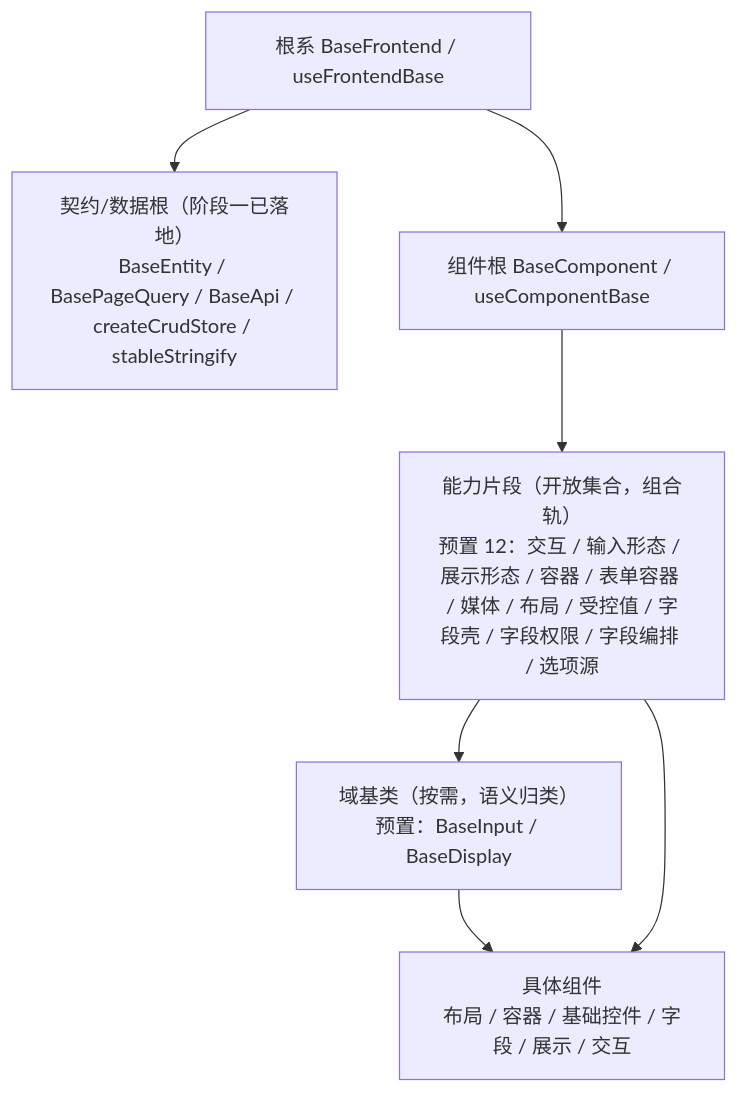
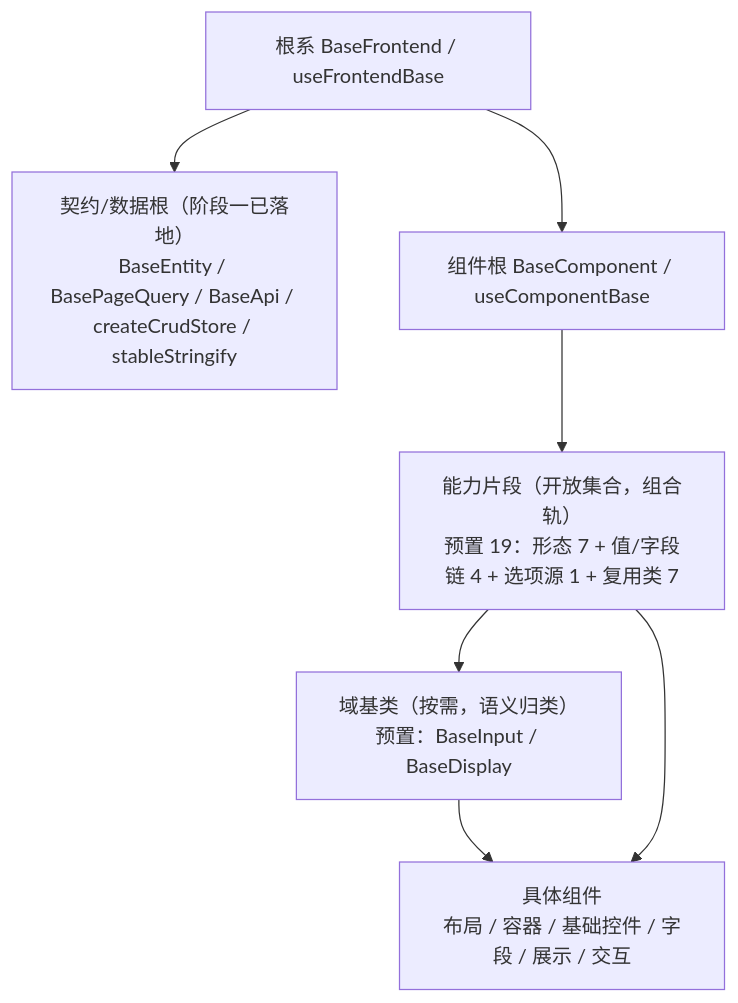
The diagram in bms文档/前端基类清单.md (minjian123/basic-management-system), drawn with Mermaid before and after one commit. The commit also changed other lines of this file and 22 other files, not shown here.

````diff
--- a/bms文档/前端基类清单.md
+++ b/bms文档/前端基类清单.md
@@ -16,15 +16,15 @@
 ```mermaid
 flowchart TD
     ROOT["根系 BaseFrontend / useFrontendBase"]
     DATA["契约/数据根（阶段一已落地）<br/>BaseEntity / BasePageQuery / BaseApi / createCrudStore / stableStringify"]
     COMP["组件根 BaseComponent / useComponentBase"]
-    CAP["能力片段（开放集合，组合轨）<br/>预置 12：交互 / 输入形态 / 展示形态 / 容器 / 表单容器 / 媒体 / 布局 / 受控值 / 字段壳 / 字段权限 / 字段编排 / 选项源"]
+    CAP["能力片段（开放集合，组合轨）<br/>预置 19：形态 7 + 值/字段链 4 + 选项源 1 + 复用类 7"]
     DOM["域基类（按需，语义归类）<br/>预置：BaseInput / BaseDisplay"]
     C["具体组件<br/>布局 / 容器 / 基础控件 / 字段 / 展示 / 交互"]
     ROOT --> DATA
     ROOT --> COMP
     COMP --> CAP
     CAP --> DOM
     DOM --> C
     CAP --> C
 ```
````
